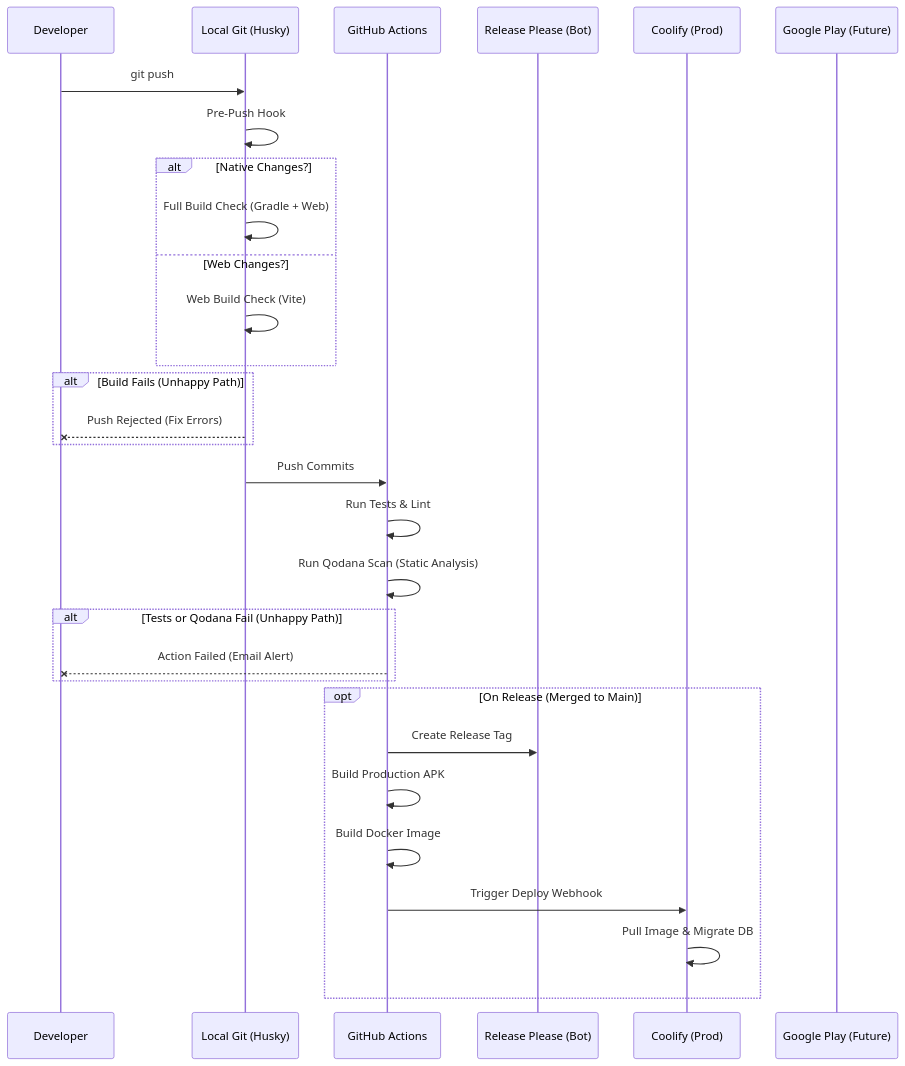
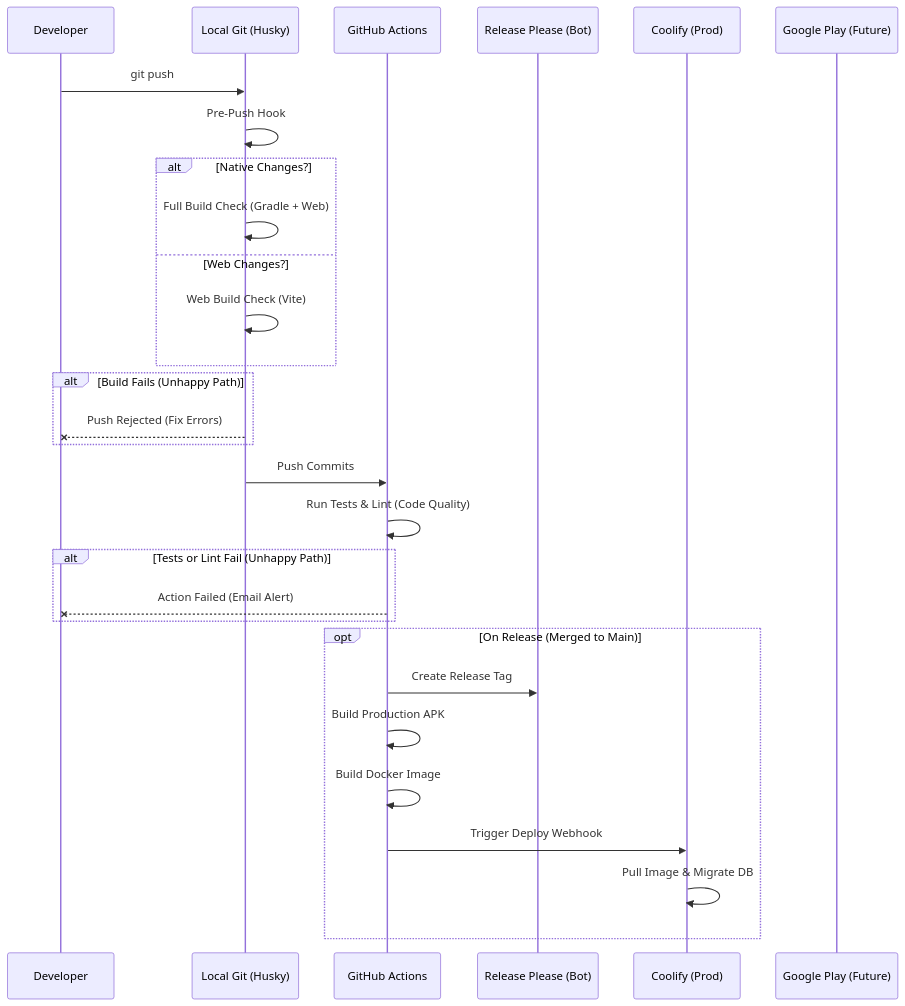
One commit to ihkaru/cerdas changed the fifth of 5 diagrams in docs/WORKFLOW_AND_DEBUGGING.md. Above: the diagram before and after it, drawn with Mermaid. The commit also changed other lines of this file and 1 other file, not shown here.

Commit message:
docs: correct assignment status flow and remove stale static analysis guides

````diff
--- a/docs/WORKFLOW_AND_DEBUGGING.md
+++ b/docs/WORKFLOW_AND_DEBUGGING.md
@@ -213,38 +213,37 @@
 ```mermaid
 sequenceDiagram
     participant Dev as Developer
     participant Git as Local Git (Husky)
     participant GH as GitHub Actions
     participant Release as Release Please (Bot)
     participant Coolify as Coolify (Prod)
     participant Play as Google Play (Future)
 
     Dev->>Git: git push
     Git->>Git: Pre-Push Hook
     
     alt Native Changes?
         Git->>Git: Full Build Check (Gradle + Web)
     else Web Changes?
         Git->>Git: Web Build Check (Vite)
     end
     
     alt Build Fails (Unhappy Path)
         Git--xDev: Push Rejected (Fix Errors)
     end
 
     Git->>GH: Push Commits
-    GH->>GH: Run Tests & Lint
-    GH->>GH: Run Qodana Scan (Static Analysis)
-
-    alt Tests or Qodana Fail (Unhappy Path)
+    GH->>GH: Run Tests & Lint (Code Quality)
+    
+    alt Tests or Lint Fail (Unhappy Path)
         GH--xDev: Action Failed (Email Alert)
     end
 
     opt On Release (Merged to Main)
         GH->>Release: Create Release Tag
         GH->>GH: Build Production APK
         GH->>GH: Build Docker Image
         GH->>Coolify: Trigger Deploy Webhook
         Coolify->>Coolify: Pull Image & Migrate DB
     end
 ```
````
